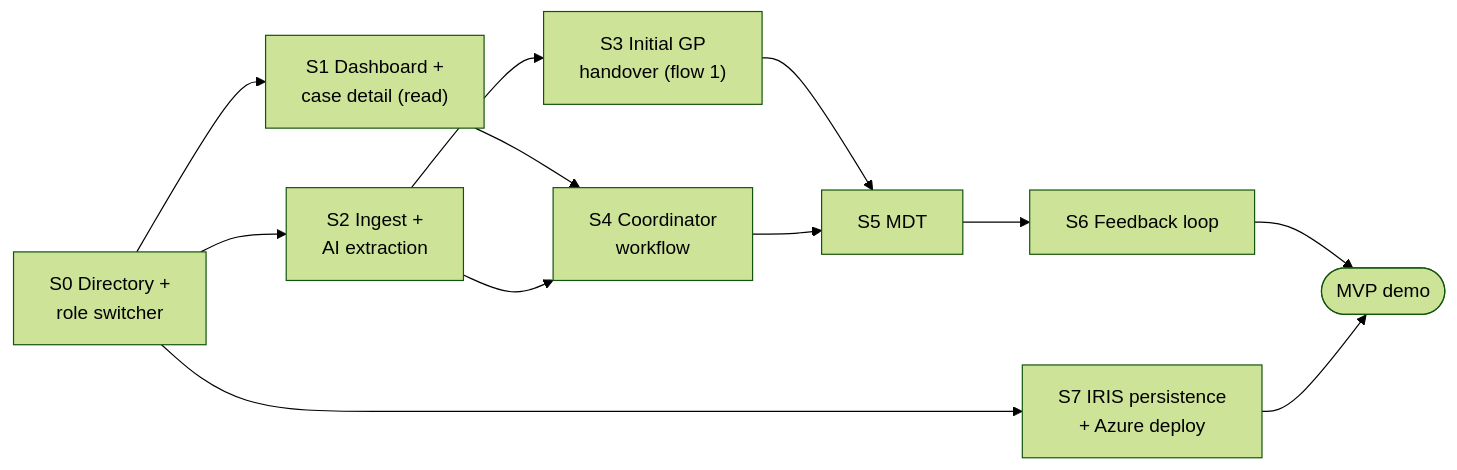
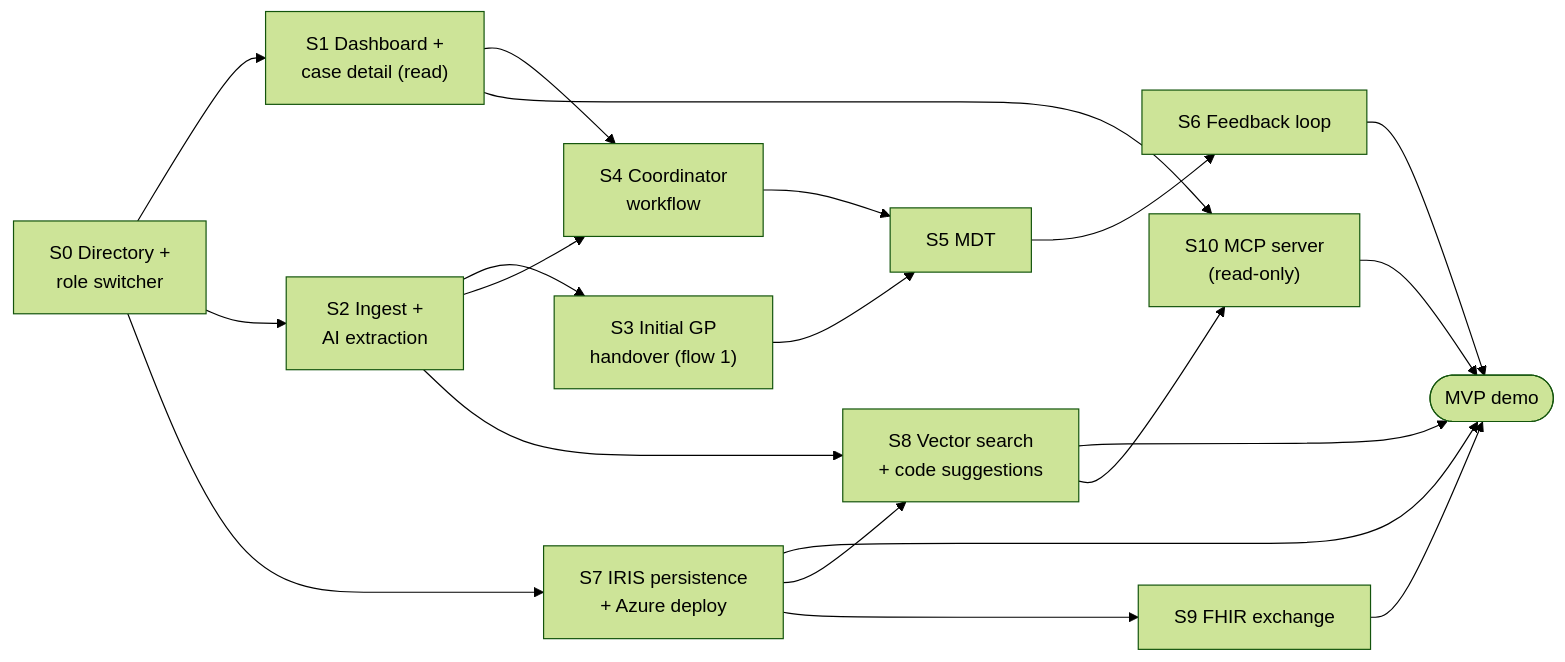
The diagram in docs/slices.md (darkmackov/AI-Rackathon2026-Nessio), drawn with Mermaid (forest theme) before and after one commit. The commit also changed other lines of this file and 10 other files, not shown here.

````diff
--- a/docs/slices.md
+++ b/docs/slices.md
@@ -10,14 +10,22 @@
 ```mermaid
 flowchart LR
   S0["S0 Directory +<br/>role switcher"] --> S1["S1 Dashboard +<br/>case detail (read)"]
   S0 --> S2["S2 Ingest +<br/>AI extraction"]
   S0 --> S7["S7 IRIS persistence<br/>+ Azure deploy"]
   S2 --> S3["S3 Initial GP<br/>handover (flow 1)"]
   S1 --> S4["S4 Coordinator<br/>workflow"]
   S2 --> S4
   S3 --> S5["S5 MDT"]
   S4 --> S5
   S5 --> S6["S6 Feedback loop"]
   S6 --> MVP(["MVP demo"])
   S7 --> MVP
+  S2 --> S8["S8 Vector search<br/>+ code suggestions"]
+  S7 --> S8
+  S7 --> S9["S9 FHIR exchange"]
+  S8 --> MVP
+  S9 --> MVP
+  S1 --> S10["S10 MCP server<br/>(read-only)"]
+  S8 --> S10
+  S10 --> MVP
 ```
````
